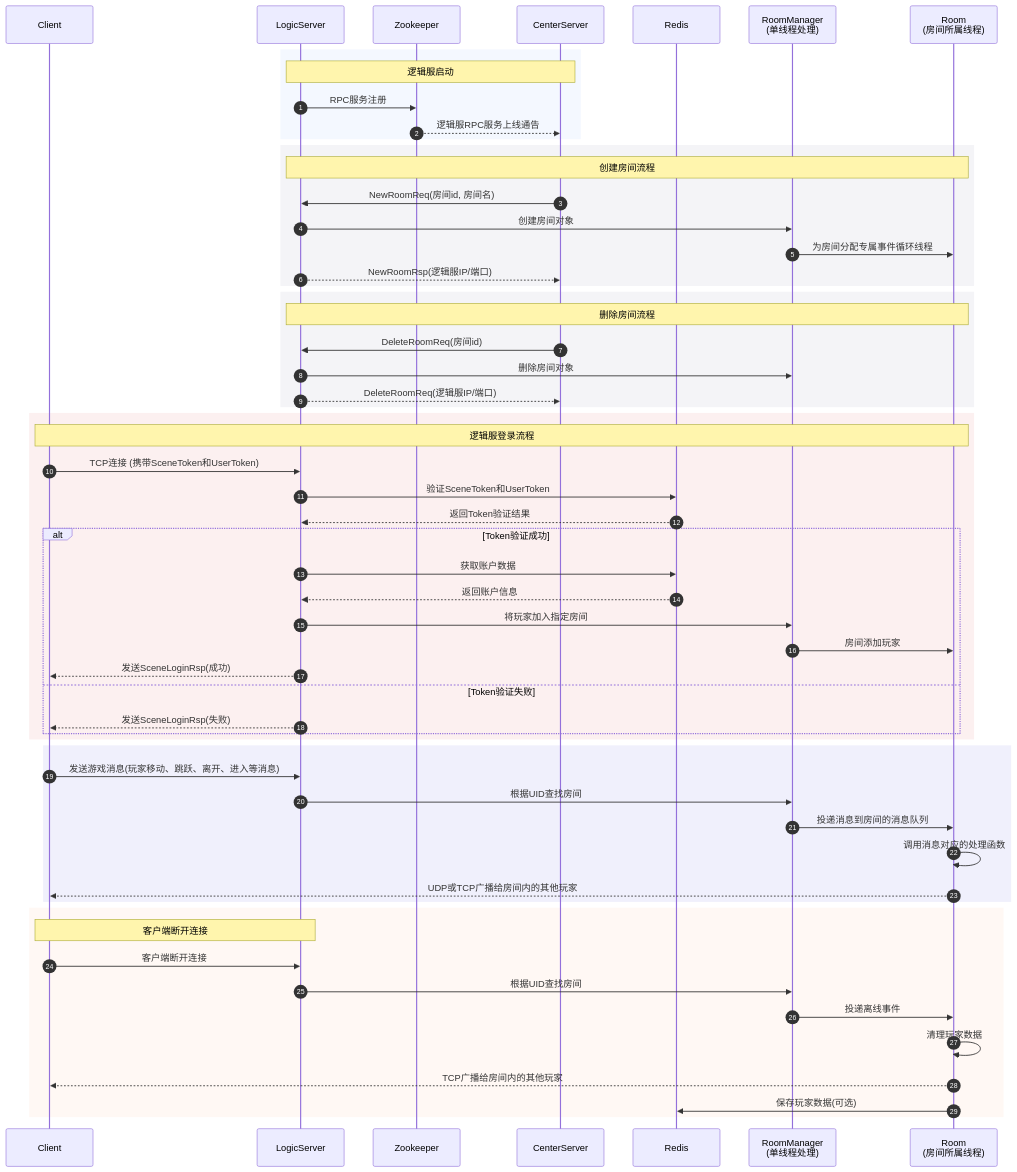
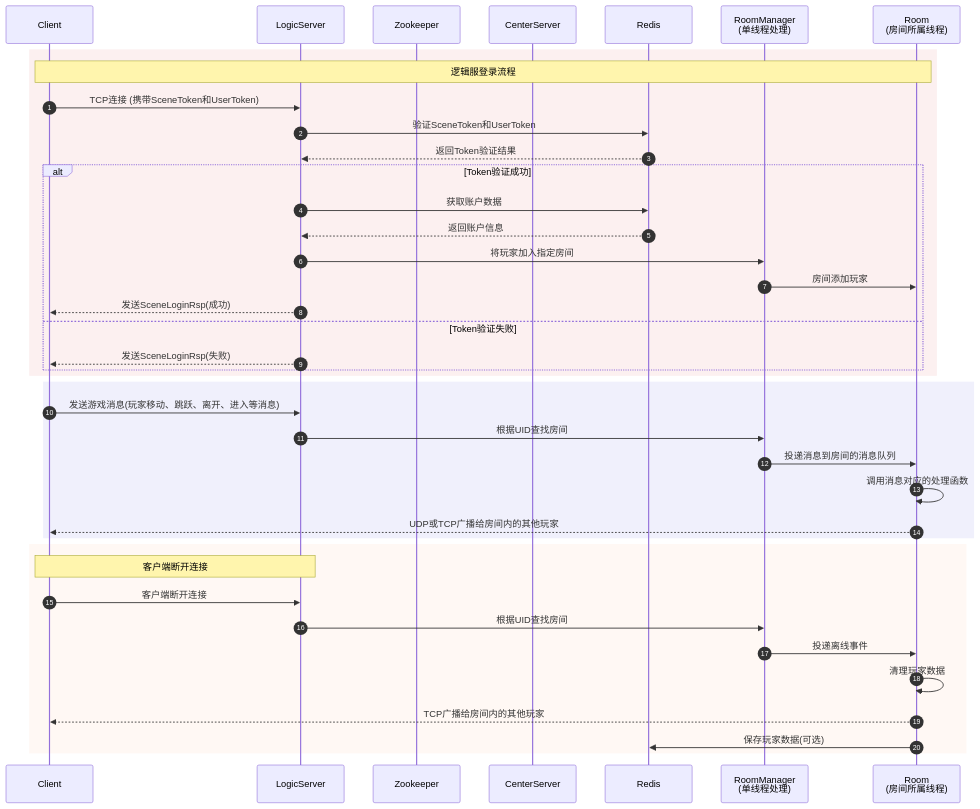
One commit to MYMarcoreus/GameServer changed the ninth of 9 diagrams in game/README.md. Above: the diagram before and after it, drawn with Mermaid. The commit also changed other lines of this file and 69 other files, not shown here.

````diff
--- a/game/README.md
+++ b/game/README.md
@@ -246,72 +348,48 @@
 ```mermaid
 sequenceDiagram
     autonumber
     participant Client
     participant LogicServer
     participant Zookeeper
     participant CenterServer
     participant Redis
     participant RoomManager as RoomManager<br>(单线程处理)
     participant Thread as Room<br>(房间所属线程)
-
-    %% 初始化阶段
-    rect rgba(200, 220, 255, 0.2)
-        Note over LogicServer, CenterServer: 逻辑服启动
-        LogicServer->>Zookeeper: RPC服务注册
-        Zookeeper-->>CenterServer: 逻辑服RPC服务上线通告
-    end
-
-    %% 创建房间流程
-    rect rgba(200, 200, 215, 0.2)
-        Note over LogicServer, Thread: 创建房间流程
-        CenterServer->>LogicServer: NewRoomReq(房间id, 房间名)
-        LogicServer->>RoomManager: 创建房间对象
-        RoomManager->>Thread: 为房间分配专属事件循环线程
-        LogicServer-->>CenterServer: NewRoomRsp(逻辑服IP/端口)
-    end
-
-    %% 删除房间流程
-    rect rgba(200, 200, 215, 0.2)
-        Note over LogicServer, Thread: 删除房间流程
-        CenterServer->>LogicServer: DeleteRoomReq(房间id)
-        LogicServer->>RoomManager: 删除房间对象
-        LogicServer-->>CenterServer: DeleteRoomReq(逻辑服IP/端口)
-    end
 
     %% 逻辑服登录流程
     rect rgba(240, 180, 180, 0.2)
         Note over Client, Thread: 逻辑服登录流程
         Client->>LogicServer: TCP连接 (携带SceneToken和UserToken)
         LogicServer->>Redis: 验证SceneToken和UserToken
         Redis-->>LogicServer: 返回Token验证结果
         alt Token验证成功
             LogicServer->>Redis: 获取账户数据
             Redis-->>LogicServer: 返回账户信息
             LogicServer->>RoomManager: 将玩家加入指定房间
             RoomManager->>Thread: 房间添加玩家
             LogicServer-->>Client: 发送SceneLoginRsp(成功)
         else Token验证失败
             LogicServer-->>Client: 发送SceneLoginRsp(失败)
         end
     end
 
     %% 游戏消息处理
     rect rgba(180, 180, 240, 0.2)
         Client->>LogicServer: 发送游戏消息(玩家移动、跳跃、离开、进入等消息)
         LogicServer->>RoomManager: 根据UID查找房间
         RoomManager->>Thread: 投递消息到房间的消息队列
         Thread->>Thread: 调用消息对应的处理函数
         Thread-->>Client: UDP或TCP广播给房间内的其他玩家
     end
 
     %% 离线处理
     rect rgba(255, 220, 200, 0.2)
         Note over Client,LogicServer: 客户端断开连接
         Client->>LogicServer: 客户端断开连接
         LogicServer->>RoomManager: 根据UID查找房间
         RoomManager->>Thread: 投递离线事件
         Thread->>Thread: 清理玩家数据
         Thread-->>Client: TCP广播给房间内的其他玩家
         Thread->>Redis: 保存玩家数据(可选)
     end
 ```
````
